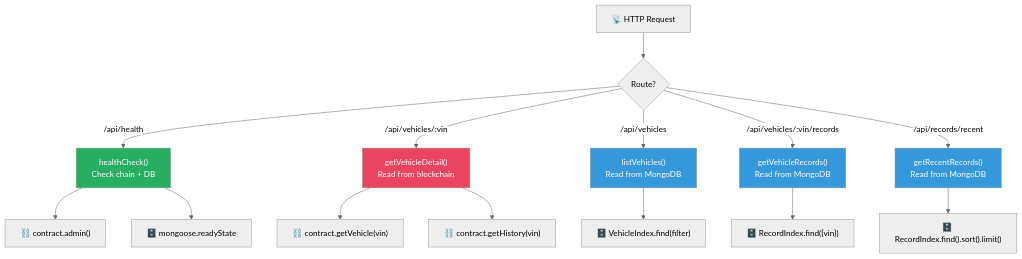
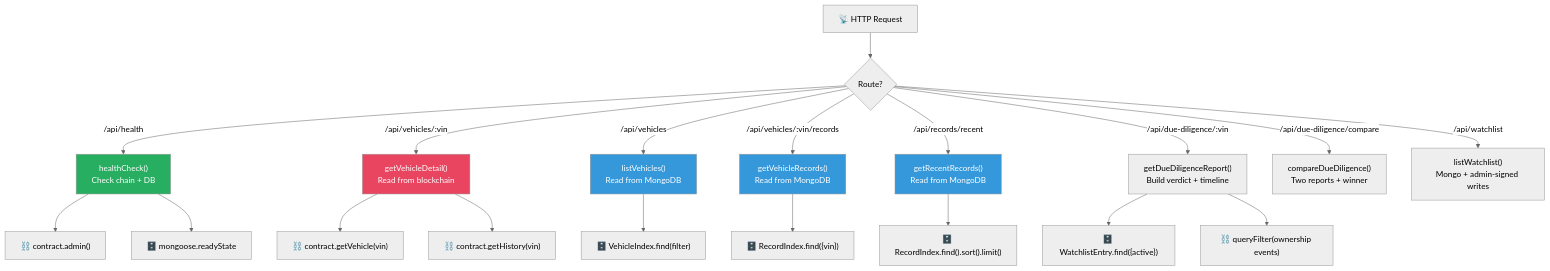
One commit to suhas-developer07/vehichain changed diagram 18 of 22 in DOCUMENTATION.md. Above: the diagram before and after it, drawn with Mermaid (neutral theme). The commit also changed other lines of this file and 59 other files, not shown here.

````diff
--- a/DOCUMENTATION.md
+++ b/DOCUMENTATION.md
@@ -1055,23 +1370,28 @@
 ```mermaid
 flowchart TD
     A["📡 HTTP Request"] --> B{"Route?"}
     B -->|"/api/health"| C["healthCheck()\nCheck chain + DB"]
     B -->|"/api/vehicles/:vin"| D["getVehicleDetail()\nRead from blockchain"]
     B -->|"/api/vehicles"| E["listVehicles()\nRead from MongoDB"]
     B -->|"/api/vehicles/:vin/records"| F["getVehicleRecords()\nRead from MongoDB"]
     B -->|"/api/records/recent"| G["getRecentRecords()\nRead from MongoDB"]
+    B -->|"/api/due-diligence/:vin"| Q["getDueDiligenceReport()\nBuild verdict + timeline"]
+    B -->|"/api/due-diligence/compare"| R["compareDueDiligence()\nTwo reports + winner"]
+    B -->|"/api/watchlist"| S["listWatchlist()\nMongo + admin-signed writes"]
 
     C --> H["⛓️ contract.admin()"]
     C --> I["🗄️ mongoose.readyState"]
     D --> J["⛓️ contract.getVehicle(vin)"]
     D --> K["⛓️ contract.getHistory(vin)"]
     E --> L["🗄️ VehicleIndex.find(filter)"]
     F --> M["🗄️ RecordIndex.find({vin})"]
     G --> N["🗄️ RecordIndex.find().sort().limit()"]
+    Q --> O["🗄️ WatchlistEntry.find({active})"]
+    Q --> P["⛓️ queryFilter(ownership events)"]
 
     style C fill:#27ae60,color:#fff
     style D fill:#e94560,color:#fff
     style E fill:#3498db,color:#fff
     style F fill:#3498db,color:#fff
     style G fill:#3498db,color:#fff
 ```
````
